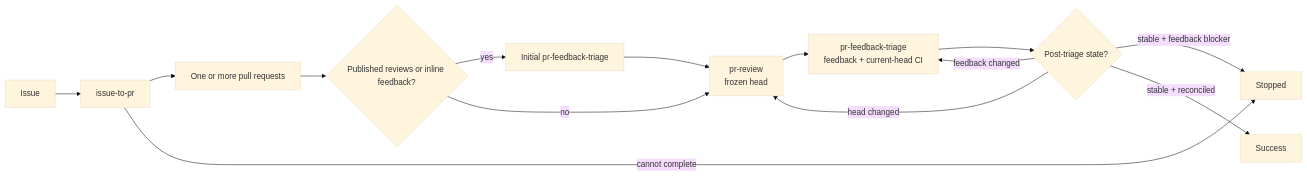
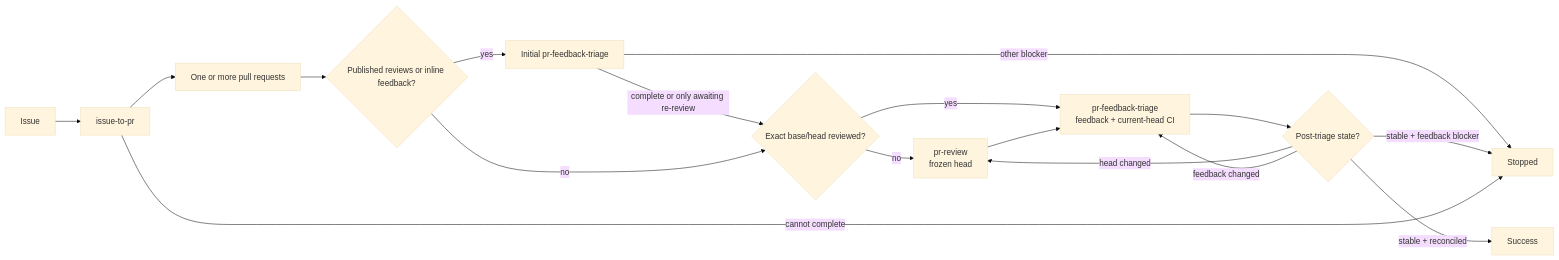
Before and after one commit to dceoy/pr-loop: the diagram in README.md, drawn with Mermaid (base theme). The commit also changed other lines of this file, not shown here.

Commit message:
Document safe triage-first and review reuse behavior

````diff
--- a/README.md
+++ b/README.md
@@ -16,15 +16,18 @@
 ```mermaid
 flowchart LR
   I[Issue] --> P[issue-to-pr] --> PR[One or more pull requests]
   PR --> Q{Published reviews or inline feedback?}
   Q -->|yes| T[Initial pr-feedback-triage]
-  T --> R
-  Q -->|no| R[pr-review<br/>frozen head]
-  R --> F[pr-feedback-triage<br/>feedback + current-head CI]
+  T -->|complete or only awaiting re-review| V{Exact base/head reviewed?}
+  T -->|other blocker| X[Stopped]
+  Q -->|no| V
+  V -->|no| R[pr-review<br/>frozen head]
+  V -->|yes| F[pr-feedback-triage<br/>feedback + current-head CI]
+  R --> F
   F --> D{Post-triage state?}
   D -->|head changed| R
   D -->|feedback changed| F
   D -->|stable + feedback blocker| X[Stopped]
   D -->|stable + reconciled| S[Success]
   P -->|cannot complete| X
 ```
````
